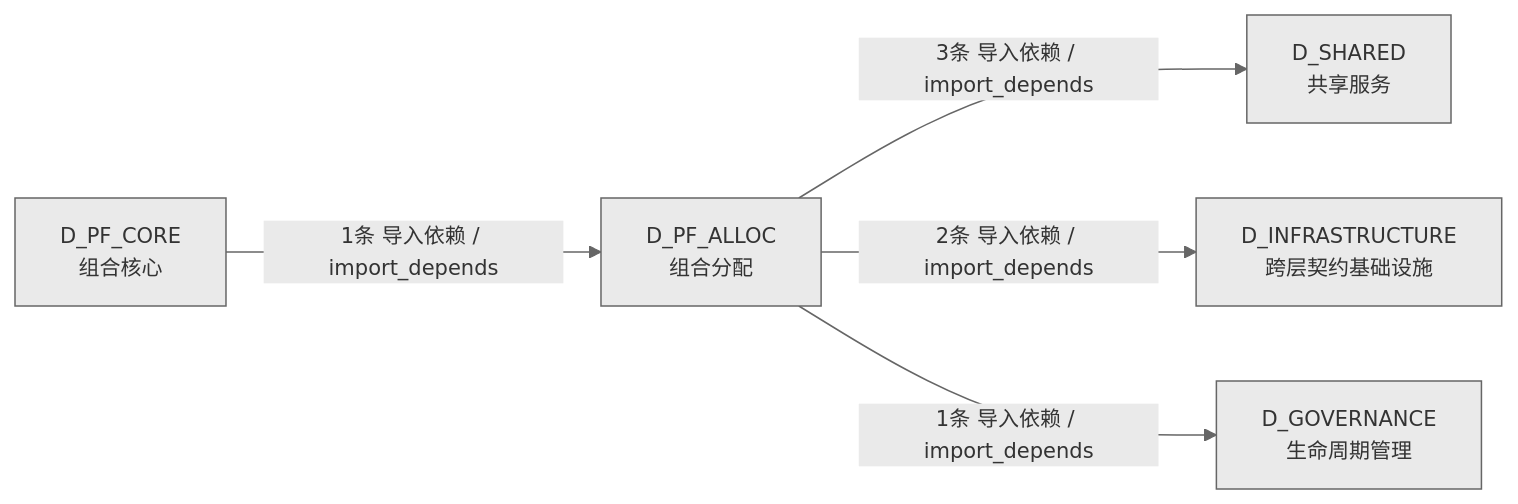
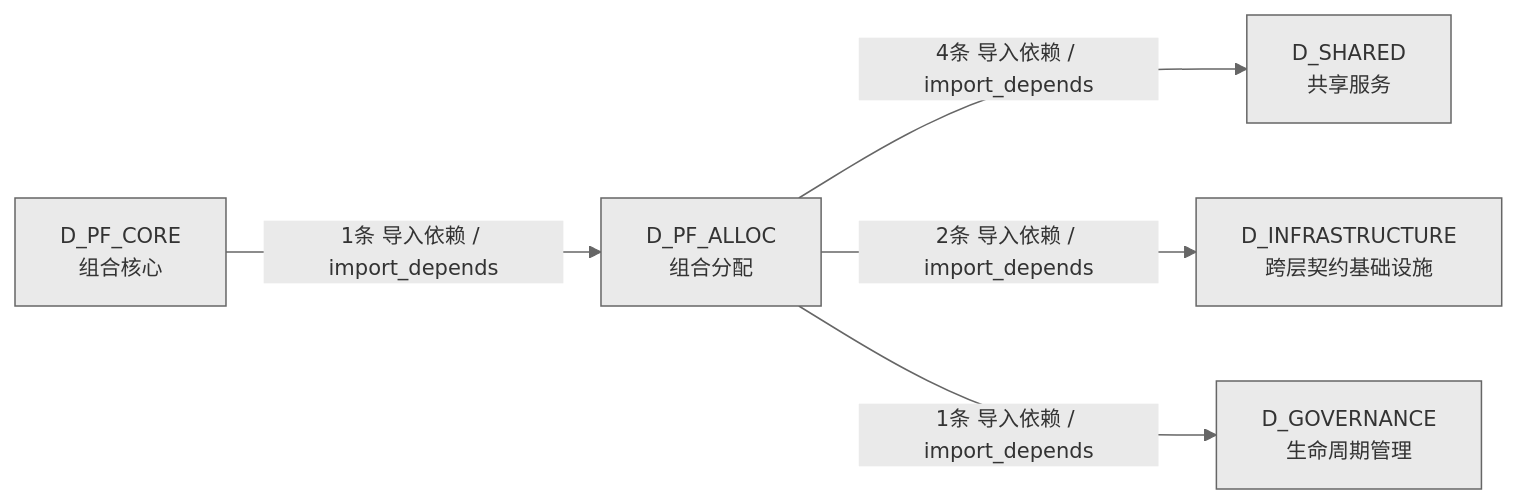
The fourth of 4 diagrams in docs/02_enterprise_architecture/02_domain_architecture_docs/62_d_pf_alloc.md (xuanFelixVan/ZephyrAlpha), drawn with Mermaid before and after one commit. The commit also changed other lines of this file and 60 other files, not shown here.

````diff
--- a/docs/02_enterprise_architecture/02_domain_architecture_docs/62_d_pf_alloc.md
+++ b/docs/02_enterprise_architecture/02_domain_architecture_docs/62_d_pf_alloc.md
@@ -158,13 +164,13 @@
 ```mermaid
 %%{init: {'theme': 'base', 'themeVariables': {'primaryColor': '#eaeaea', 'primaryTextColor': '#333333', 'primaryBorderColor': '#666666', 'lineColor': '#666666', 'secondaryColor': '#eaeaea', 'tertiaryColor': '#eaeaea', 'fontSize': '14px'}}}%%
 graph LR
     D_PF_ALLOC["D_PF_ALLOC<br/>组合分配"]
     D_SHARED["D_SHARED<br/>共享服务"]
     D_INFRASTRUCTURE["D_INFRASTRUCTURE<br/>跨层契约基础设施"]
     D_GOVERNANCE["D_GOVERNANCE<br/>生命周期管理"]
     D_PF_CORE["D_PF_CORE<br/>组合核心"]
-    D_PF_ALLOC -->|3条 导入依赖 / import_depends| D_SHARED
+    D_PF_ALLOC -->|4条 导入依赖 / import_depends| D_SHARED
     D_PF_ALLOC -->|2条 导入依赖 / import_depends| D_INFRASTRUCTURE
     D_PF_ALLOC -->|1条 导入依赖 / import_depends| D_GOVERNANCE
     D_PF_CORE -->|1条 导入依赖 / import_depends| D_PF_ALLOC
 ```
````
